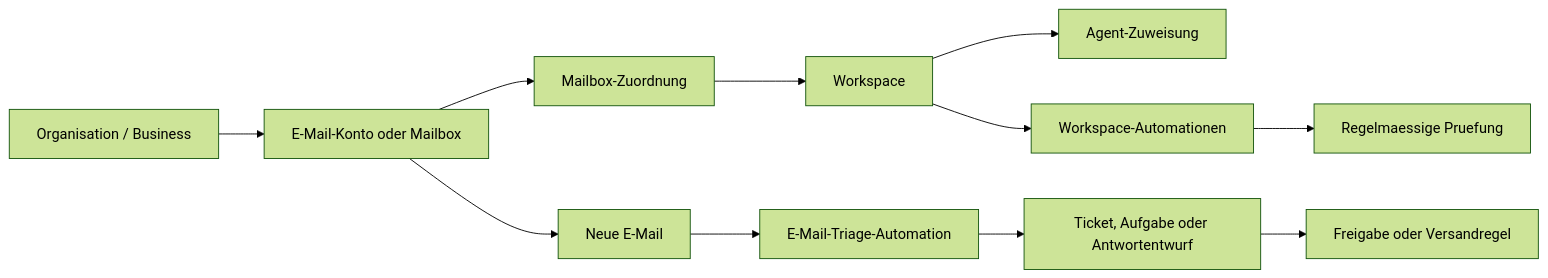
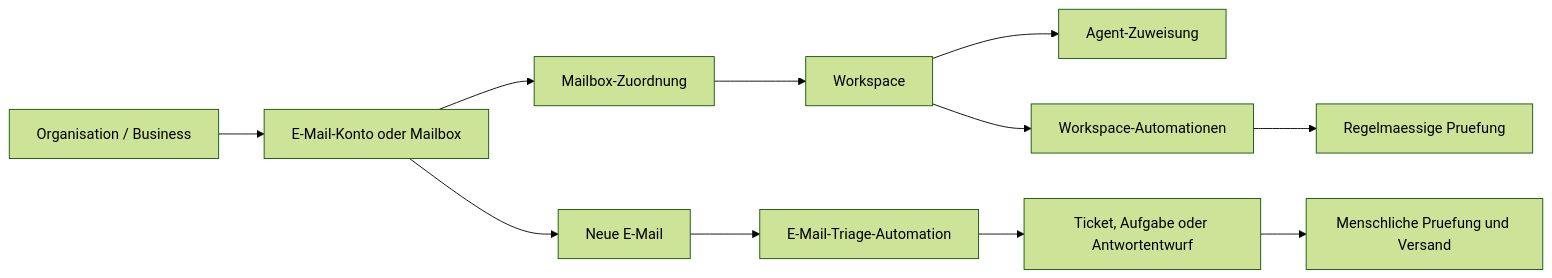
Before and after one commit to canvascoding/canvas-notebook: the diagram in docs/architecture/canvas-notebook/workspace-email-automations-plan.md, drawn with Mermaid (forest theme). The commit also changed other lines of this file, not shown here.

````diff
--- a/docs/architecture/canvas-notebook/workspace-email-automations-plan.md
+++ b/docs/architecture/canvas-notebook/workspace-email-automations-plan.md
@@ -82,13 +82,13 @@
 ```mermaid
 flowchart LR
   O["Organisation / Business"] --> M["E-Mail-Konto oder Mailbox"]
   M --> B["Mailbox-Zuordnung"]
   B --> W["Workspace"]
   W --> A["Agent-Zuweisung"]
   W --> U["Workspace-Automationen"]
   U --> P["Regelmaessige Pruefung"]
   M --> E["Neue E-Mail"]
   E --> T["E-Mail-Triage-Automation"]
   T --> Q["Ticket, Aufgabe oder Antwortentwurf"]
-  Q --> R["Freigabe oder Versandregel"]
+  Q --> R["Menschliche Pruefung und Versand"]
 ```
````
